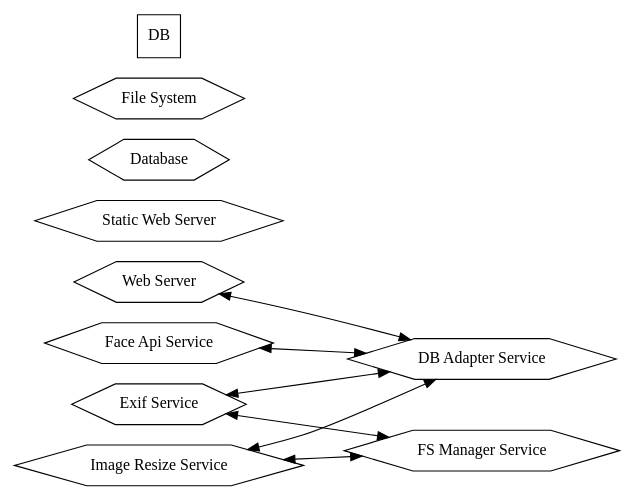
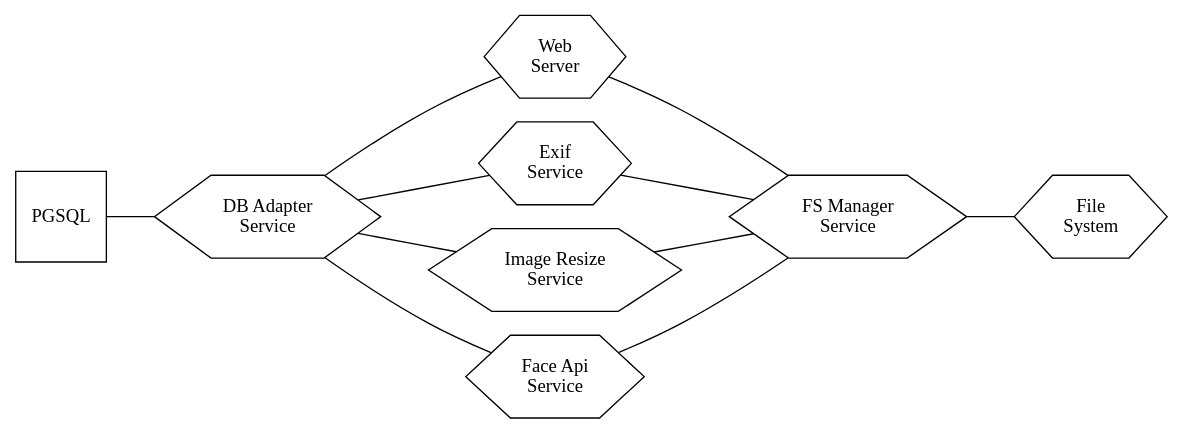
One commit to Yokeshthirumoorthi/kuruvi changed the diagram in docs/architecture-diagram.dot. Above: the diagram before and after it, drawn with Graphviz. The commit also changed 1 other file, not shown here.

Commit message:
Fix dot file

```diff
--- a/docs/architecture-diagram.dot
+++ b/docs/architecture-diagram.dot
@@ -1,27 +1,28 @@
-// This is WIP
-// Run the below command to update the architecture diagram
-// dot -Tpng docs/architecture-diagram.dot -o docs/img/architecture-diagram.png
+/***********************************************************
+
+		To generate architecture diagram, run the below
+		command from the root of the project
+
+		$ dot -Tpng docs/architecture-diagram.dot -o docs/img/architecture-diagram.png
+
+************************************************************/
+
 digraph finite_state_machine {
 	rankdir=LR;
-	size="8,5";
-	node [shape="hexagon"]
+//	size="4,4";
+	node [shape=polygon, sides=6]
+	edge [arrowhead=none]
+
   // square brackets hold attributes
-  WS [ label="Web Server" ]
-	B [ label="DB Adapter Service"]
-  C [ label="Exif Service"]
-	D [ label="Image Resize Service"]
-	E [ label="Face Api Service"]
-	F [ label="FS Manager Service"]
-	G [ label="Static Web Server"]
-	H [ label="Database"]
-	I [ label="File System"]
-  J [ label="DB" shape="square" ]
+  ws [ label="Web \nServer" ]
+	db_adapter [ label="DB Adapter \nService"]
+  exif [ label="Exif \nService"]
+	img_resize [ label="Image Resize \nService"]
+	face_api [ label="Face Api \nService"]
+	fs_manager [ label="FS Manager \nService"]
+	fs [ label="File \nSystem"]
+  db [ label="PGSQL" shape="square", rank="0" ]
 
-  // edges have attributes too
-  WS -> B [dir=both]
-  C -> B [dir=both]
-  D -> B [dir=both]
-  E -> B [dir=both]
-  C -> F [dir=both]
-  D -> F [dir=both]
+	db -> db_adapter -> {ws, exif, face_api, img_resize}
+	-> fs_manager -> fs
 }
```
